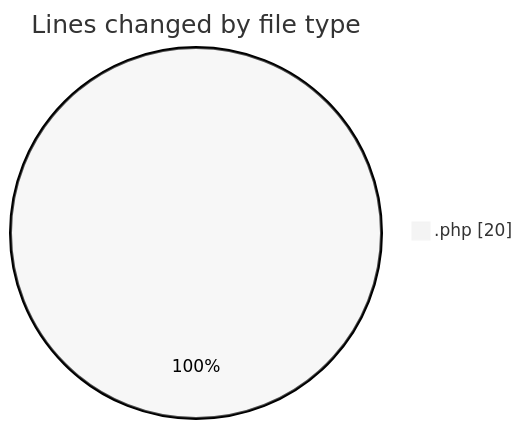
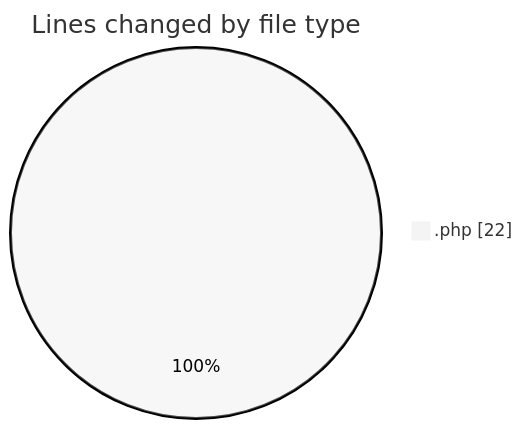
The first of 2 diagrams in 2025-11-12/web/README.md (LanceThiago/code-tracking), drawn with Mermaid (neutral theme) before and after one commit. The commit also changed other lines of this file and 1 other file, not shown here.

````diff
--- a/2025-11-12/web/README.md
+++ b/2025-11-12/web/README.md
@@ -20,5 +20,5 @@
 ```mermaid
 pie showData
 title Lines changed by file type
-".php" : 20
+".php" : 22
 ```
````
